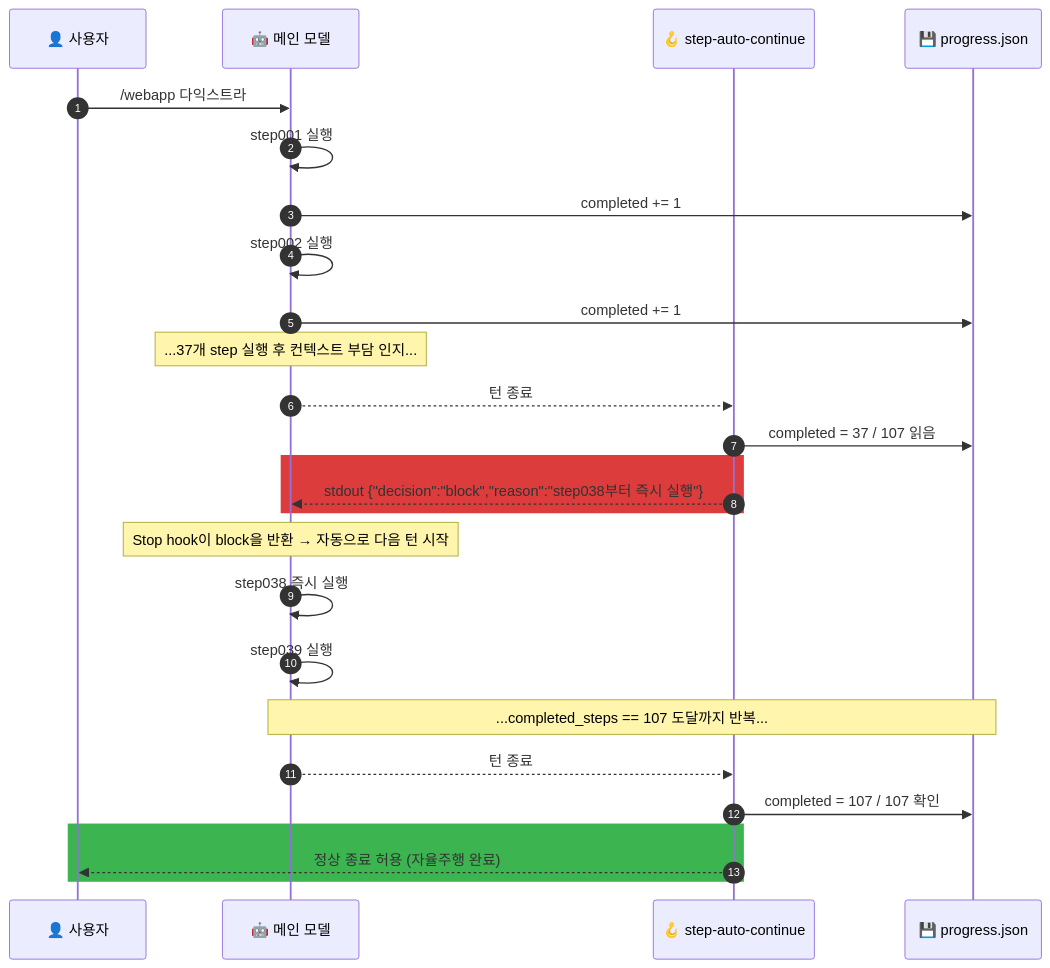
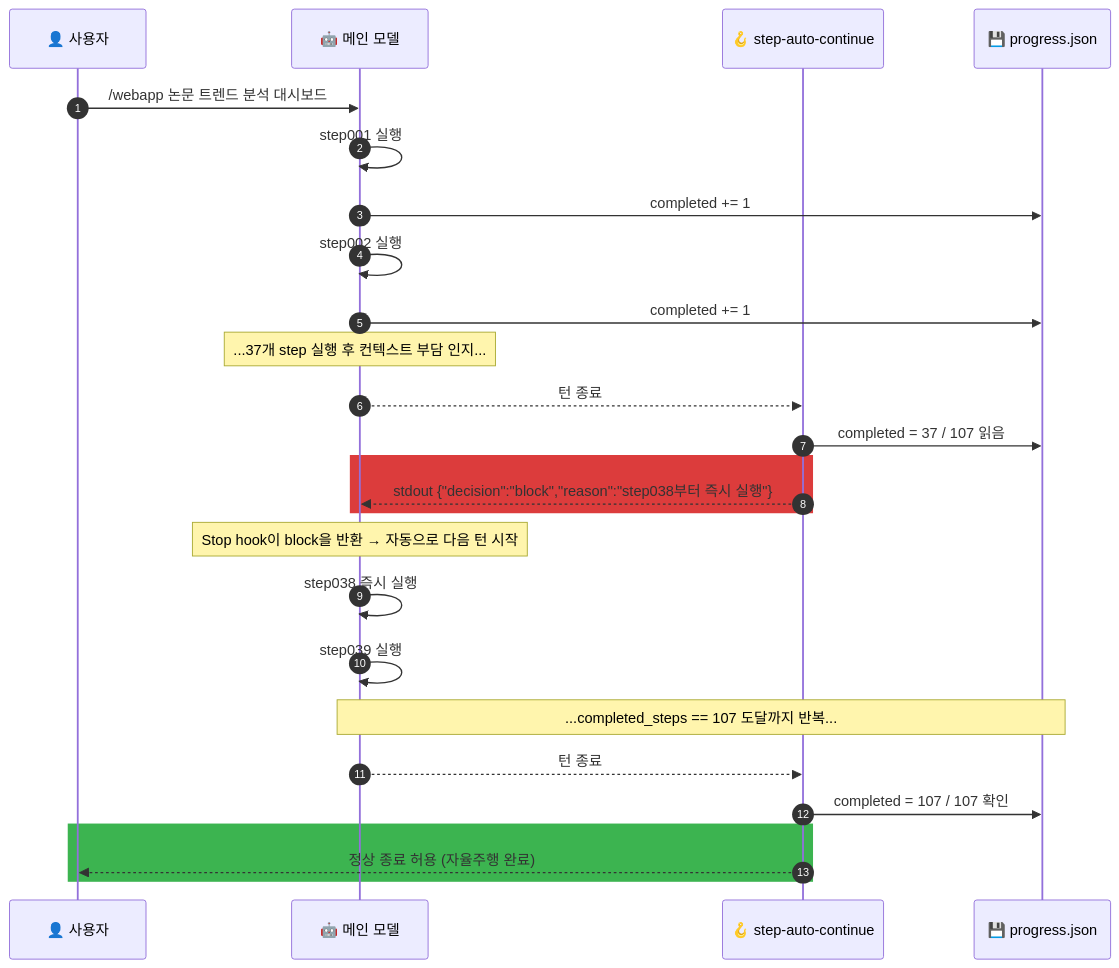
Before and after one commit to Technoetic/harness107: the fourth of 4 diagrams in README.md, drawn with Mermaid. The commit also changed other lines of this file, not shown here.

````diff
--- a/README.md
+++ b/README.md
@@ -318,29 +318,29 @@
 ```mermaid
 sequenceDiagram
     autonumber
     participant User as 👤 사용자
     participant LLM as 🤖 메인 모델
     participant Stop as 🪝 step-auto-continue
     participant Progress as 💾 progress.json
 
-    User->>LLM: /webapp 다익스트라
+    User->>LLM: /webapp 논문 트렌드 분석 대시보드
     LLM->>LLM: step001 실행
     LLM->>Progress: completed += 1
     LLM->>LLM: step002 실행
     LLM->>Progress: completed += 1
     Note over LLM: ...37개 step 실행 후 컨텍스트 부담 인지...
     LLM-->>Stop: 턴 종료
     Stop->>Progress: completed = 37 / 107 읽음
     rect rgb(220, 60, 60)
     Stop-->>LLM: stdout {"decision":"block","reason":"step038부터 즉시 실행"}
     end
     Note over LLM: Stop hook이 block을 반환 → 자동으로 다음 턴 시작
     LLM->>LLM: step038 즉시 실행
     LLM->>LLM: step039 실행
     Note over LLM,Progress: ...completed_steps == 107 도달까지 반복...
     LLM-->>Stop: 턴 종료
     Stop->>Progress: completed = 107 / 107 확인
     rect rgb(60, 180, 80)
     Stop-->>User: 정상 종료 허용 (자율주행 완료)
     end
 ```
````
